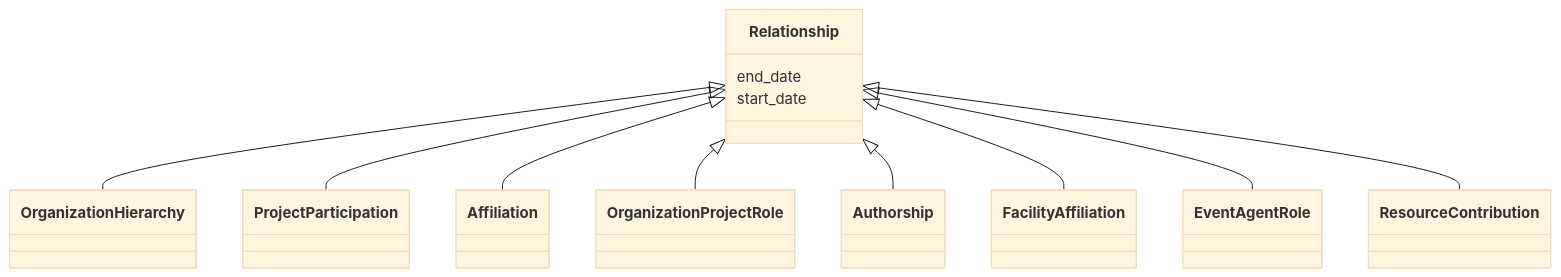
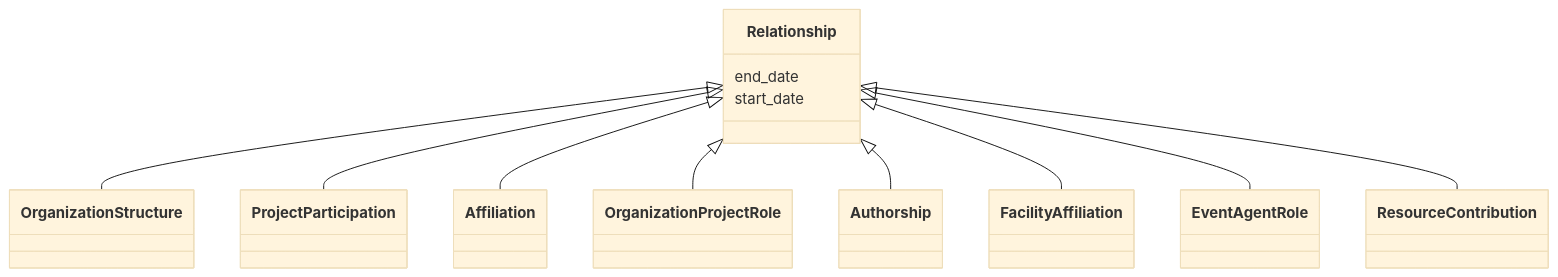
Before and after one commit to DARIAH-IL/idhi-manifests: the diagram in docs/classes/Relationship.md, drawn with Mermaid (base theme). The commit also changed other lines of this file and 15 other files, not shown here.

Commit message:
Hierarchy to structure

````diff
--- a/docs/classes/Relationship.md
+++ b/docs/classes/Relationship.md
@@ -24,29 +24,29 @@
 ```mermaid
  classDiagram
     class Relationship
       
 
-      Relationship <|-- OrganizationHierarchy
-        click OrganizationHierarchy href "../../classes/OrganizationHierarchy/"
+      Relationship <|-- OrganizationStructure
+        click OrganizationStructure href "../../classes/OrganizationStructure/"
       Relationship <|-- ProjectParticipation
         click ProjectParticipation href "../../classes/ProjectParticipation/"
       Relationship <|-- Affiliation
         click Affiliation href "../../classes/Affiliation/"
       Relationship <|-- OrganizationProjectRole
         click OrganizationProjectRole href "../../classes/OrganizationProjectRole/"
       Relationship <|-- Authorship
         click Authorship href "../../classes/Authorship/"
       Relationship <|-- FacilityAffiliation
         click FacilityAffiliation href "../../classes/FacilityAffiliation/"
       Relationship <|-- EventAgentRole
         click EventAgentRole href "../../classes/EventAgentRole/"
       Relationship <|-- ResourceContribution
         click ResourceContribution href "../../classes/ResourceContribution/"
       
 
       Relationship : end_date
         
       Relationship : start_date
         
       
 ```
````
